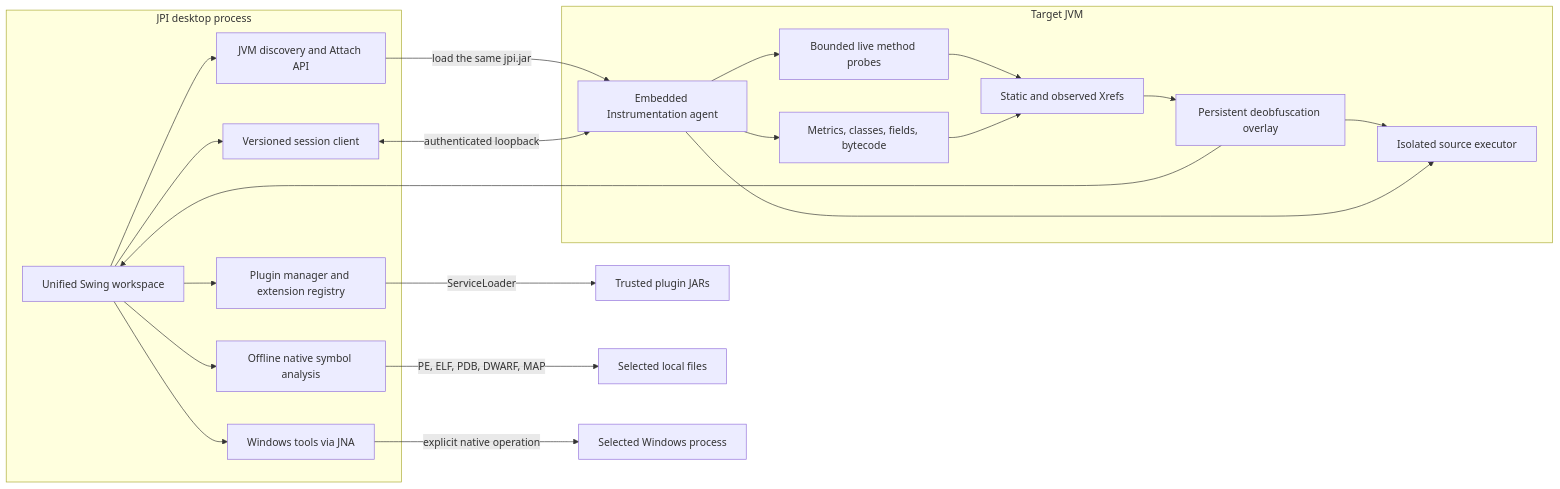
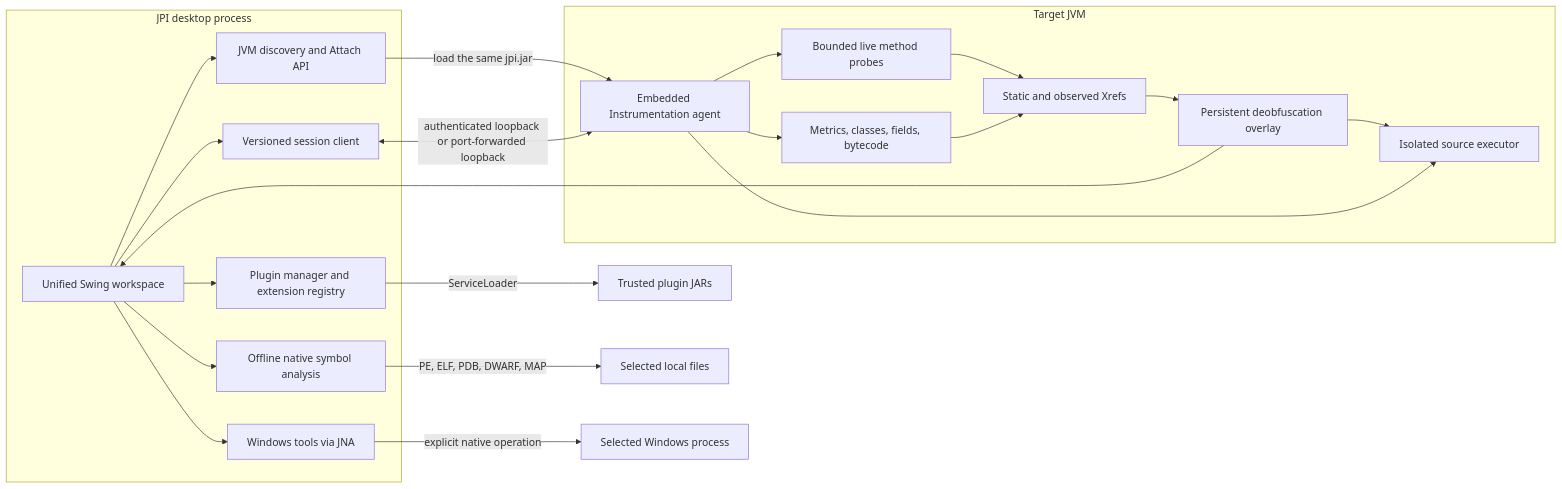
One commit to 0WhiteDev/Java-Process-Inspector changed the diagram in README.md. Above: the diagram before and after it, drawn with Mermaid. The commit also changed other lines of this file and 11 other files, not shown here.

Commit message:
feat: add tunneled agent server and remote inspection client

````diff
--- a/README.md
+++ b/README.md
@@ -397,37 +416,37 @@
 ```mermaid
 flowchart LR
   subgraph controller [JPI desktop process]
     GUI[Unified Swing workspace]
     ATTACH[JVM discovery and Attach API]
     CLIENT[Versioned session client]
     WIN[Windows tools via JNA]
     SYMBOLS[Offline native symbol analysis]
     PLUGINS[Plugin manager and extension registry]
   end
   subgraph target [Target JVM]
     AGENT[Embedded Instrumentation agent]
     INSPECT[Metrics, classes, fields, bytecode]
     TRACE[Bounded live method probes]
     XREF[Static and observed Xrefs]
     MAP[Persistent deobfuscation overlay]
     EXEC[Isolated source executor]
   end
   GUI --> ATTACH
   ATTACH -->|load the same jpi.jar| AGENT
   GUI --> CLIENT
-  CLIENT <-->|authenticated loopback| AGENT
+  CLIENT <-->|authenticated loopback or port-forwarded loopback| AGENT
   AGENT --> INSPECT
   AGENT --> TRACE
   TRACE --> XREF
   INSPECT --> XREF
   XREF --> MAP
   MAP --> GUI
   MAP --> EXEC
   AGENT --> EXEC
   GUI --> WIN
   GUI --> SYMBOLS
   GUI --> PLUGINS
   PLUGINS -->|ServiceLoader| JARS[Trusted plugin JARs]
   SYMBOLS -->|PE, ELF, PDB, DWARF, MAP| FILES[Selected local files]
   WIN -->|explicit native operation| OS[Selected Windows process]
 ```
````
